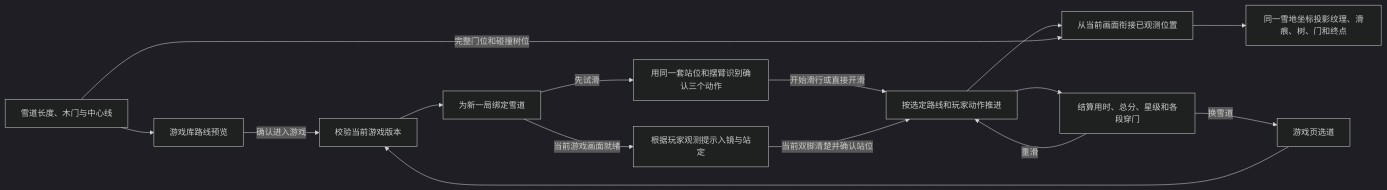
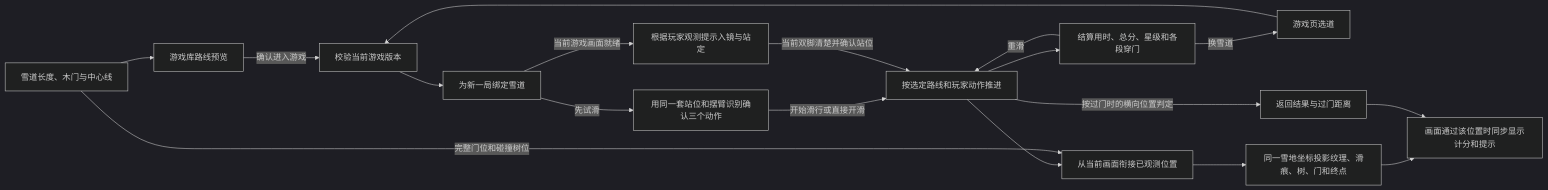
Diagram 15 of 35 in docs/architecture.md (Geeprox/Friday), drawn with Mermaid (dark theme) before and after one commit. The commit also changed other lines of this file and 12 other files, not shown here.

````diff
--- a/docs/architecture.md
+++ b/docs/architecture.md
@@ -361,17 +361,20 @@
 ```mermaid
 flowchart LR
   P[雪道长度、木门与中心线] --> L[游戏库路线预览]
   L -->|确认进入游戏| C[校验当前游戏版本]
   A[游戏页选道] --> C
   C --> R[为新一局绑定雪道]
   R -->|先试滑| T[用同一套站位和摆臂识别确认三个动作]
   T -->|开始滑行或直接开滑| G
   R -->|当前游戏画面就绪| F[根据玩家观测提示入镜与站定]
   F -->|当前双脚清楚并确认站位| G[按选定路线和玩家动作推进]
   G --> M[从当前画面衔接已观测位置]
   P -->|完整门位和碰撞树位| M
   M --> V[同一雪地坐标投影纹理、滑痕、树、门和终点]
+  G -->|按过门时的横向位置判定| O[返回结果与过门距离]
+  V --> F2[画面通过该位置时同步显示计分和提示]
+  O --> F2
   G --> S[结算用时、总分、星级和各段穿门]
   S -->|重滑| G
   S -->|换雪道| A
 ```
````
